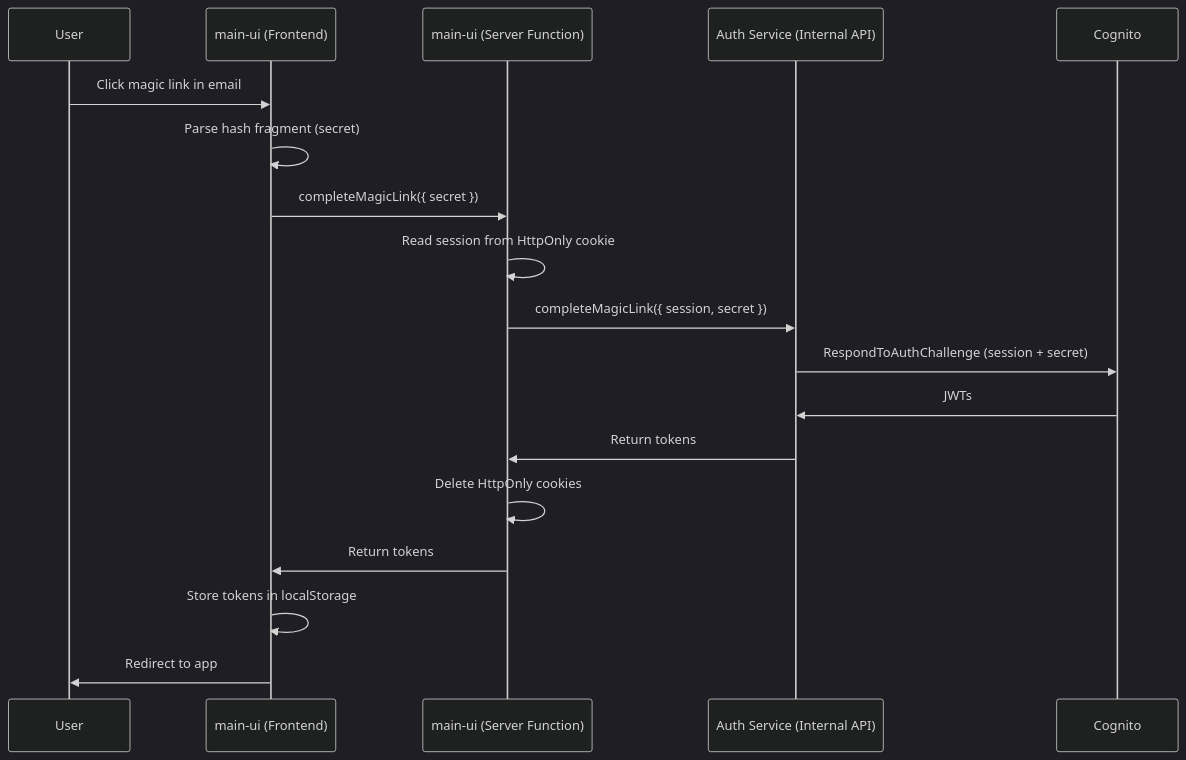
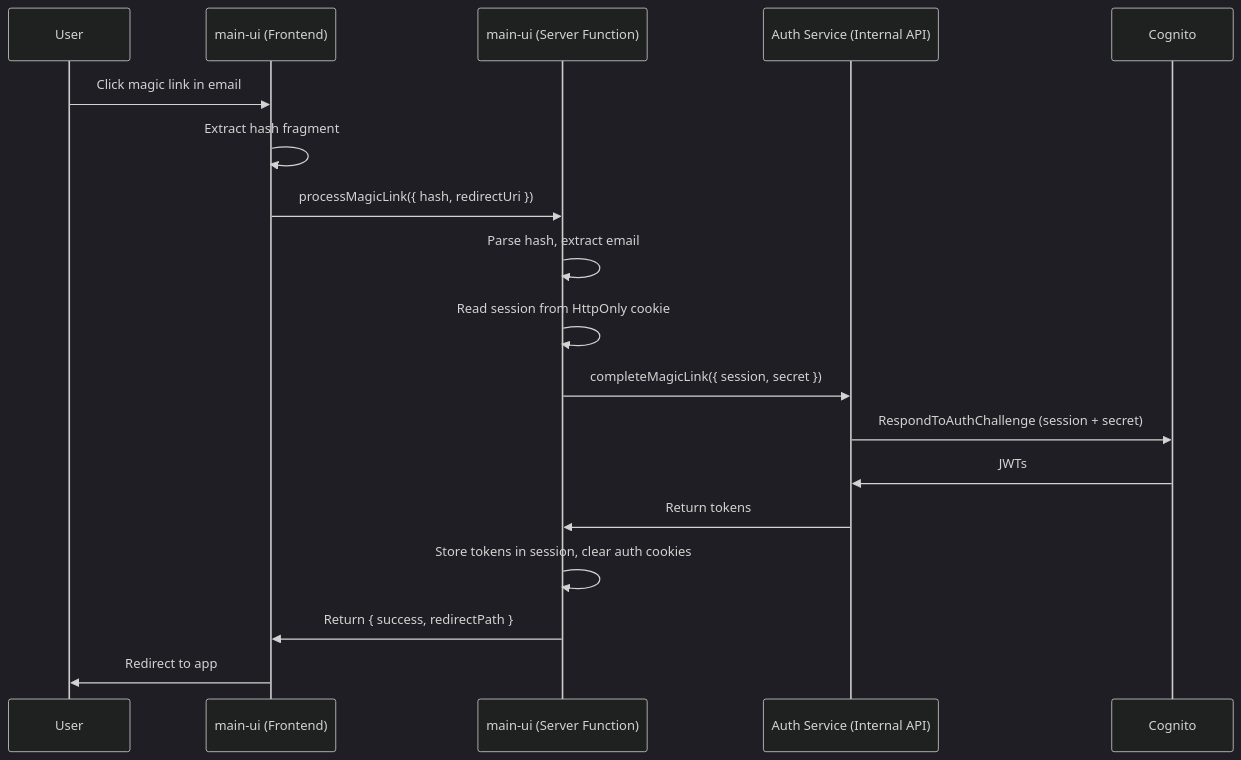
The first of 2 diagrams in docs/auth.md (wdi-lab/monorepo), drawn with Mermaid (dark theme) before and after one commit. The commit also changed other lines of this file and 10 other files, not shown here.

Commit message:
fix magic link

````diff
--- a/docs/auth.md
+++ b/docs/auth.md
@@ -305,21 +305,21 @@
 ```mermaid
 sequenceDiagram
     participant User
     participant MainUI as main-ui (Frontend)
     participant ServerFn as main-ui (Server Function)
     participant AuthAPI as Auth Service (Internal API)
     participant Cognito
 
     User->>MainUI: Click magic link in email
-    MainUI->>MainUI: Parse hash fragment (secret)
-    MainUI->>ServerFn: completeMagicLink({ secret })
+    MainUI->>MainUI: Extract hash fragment
+    MainUI->>ServerFn: processMagicLink({ hash, redirectUri })
+    ServerFn->>ServerFn: Parse hash, extract email
     ServerFn->>ServerFn: Read session from HttpOnly cookie
     ServerFn->>AuthAPI: completeMagicLink({ session, secret })
     AuthAPI->>Cognito: RespondToAuthChallenge (session + secret)
     Cognito->>AuthAPI: JWTs
     AuthAPI->>ServerFn: Return tokens
-    ServerFn->>ServerFn: Delete HttpOnly cookies
-    ServerFn->>MainUI: Return tokens
-    MainUI->>MainUI: Store tokens in localStorage
+    ServerFn->>ServerFn: Store tokens in session, clear auth cookies
+    ServerFn->>MainUI: Return { success, redirectPath }
     MainUI->>User: Redirect to app
 ```
````
